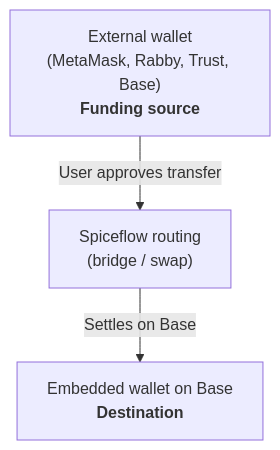
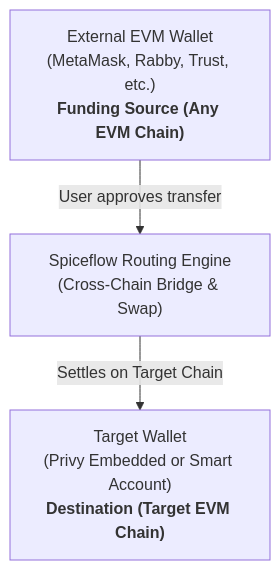
One commit to lotechdgs/spiceflow-integration-guide changed the diagram in README.md. Above: the diagram before and after it, drawn with Mermaid. The commit also changed other lines of this file, not shown here.

````diff
--- a/README.md
+++ b/README.md
@@ -27,5 +32,5 @@
 ```mermaid
 flowchart TD
-    A["External wallet<br/>(MetaMask, Rabby, Trust, Base)<br/><b>Funding source</b>"] -->|User approves transfer| B["Spiceflow routing<br/>(bridge / swap)"]
-    B -->|Settles on Base| C["Embedded wallet on Base<br/><b>Destination</b>"]
+    A["External EVM Wallet<br/>(MetaMask, Rabby, Trust, etc.)<br/><b>Funding Source (Any EVM Chain)</b>"] -->|User approves transfer| B["Spiceflow Routing Engine<br/>(Cross-Chain Bridge & Swap)"]
+    B -->|Settles on Target Chain| C["Target Wallet<br/>(Privy Embedded or Smart Account)<br/><b>Destination (Target EVM Chain)</b>"]
 ```
````
